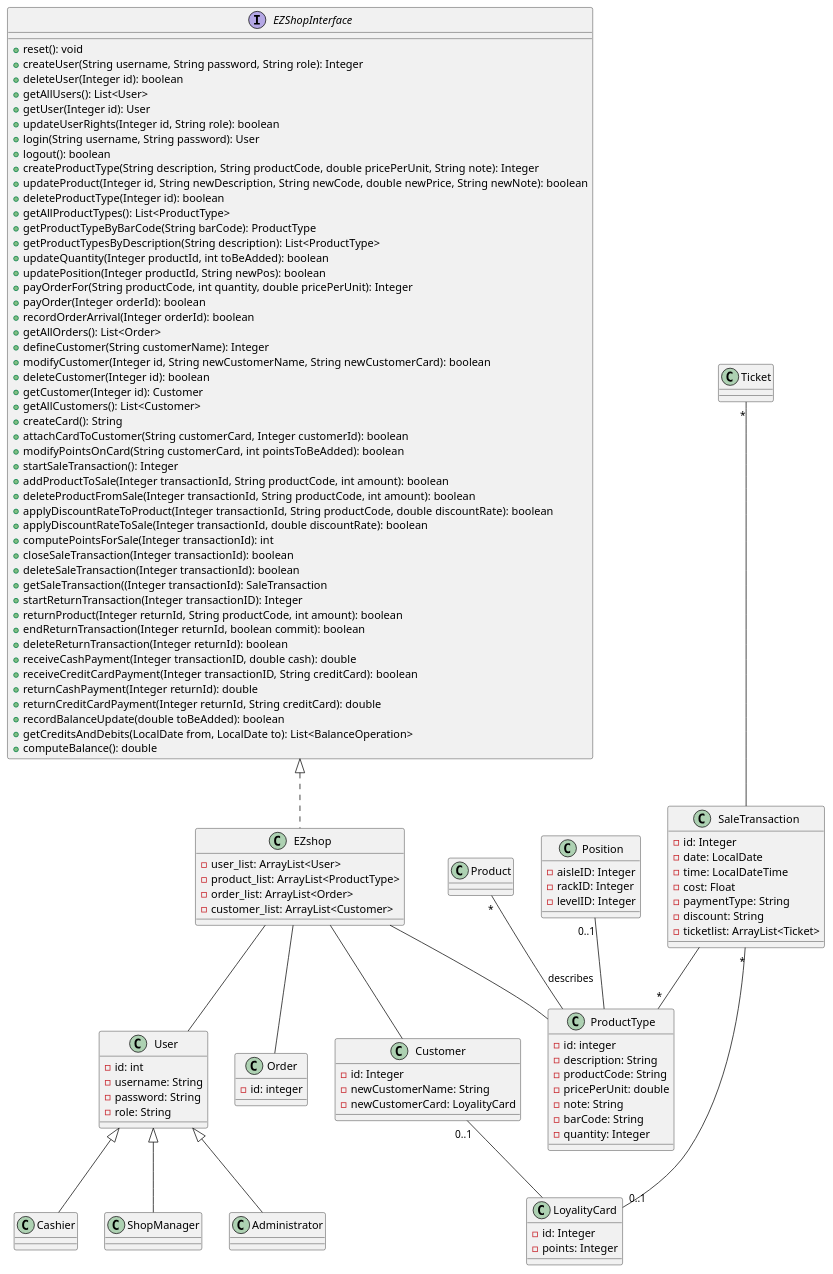
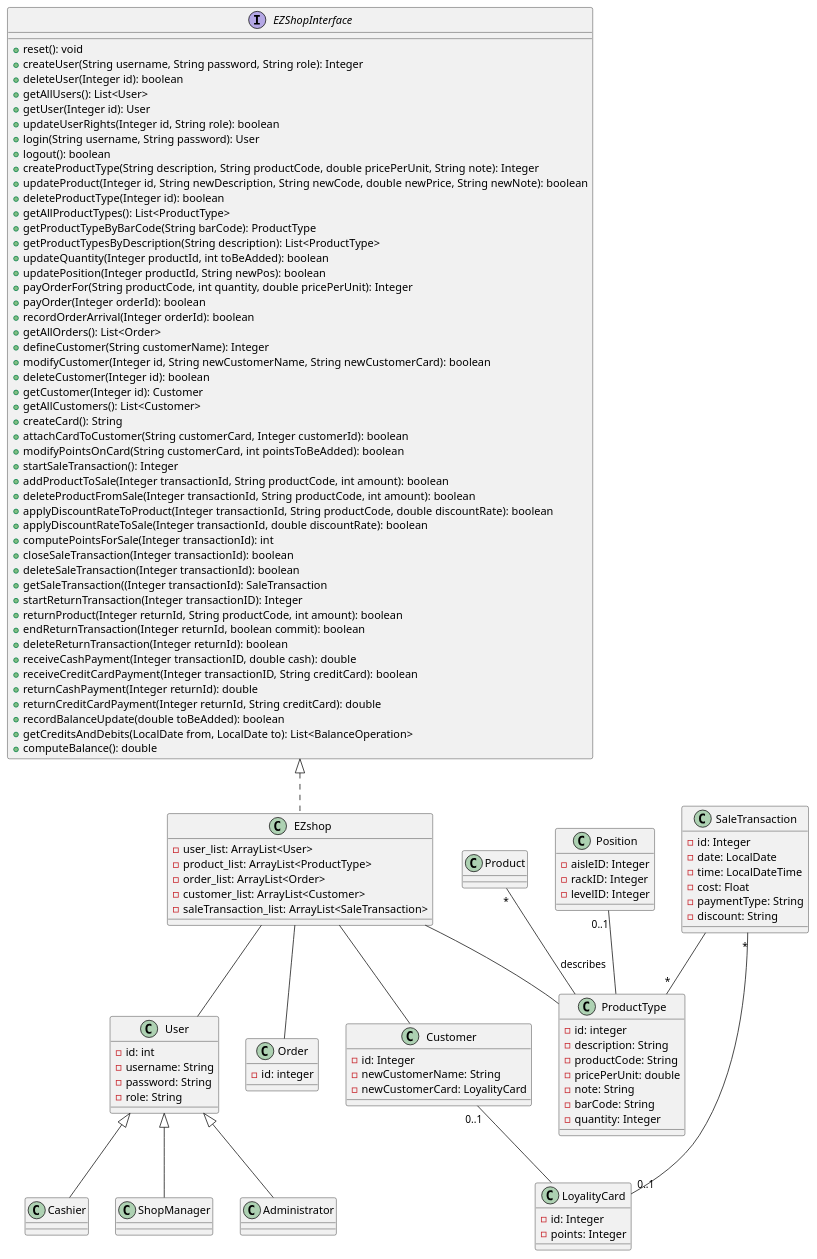
Before and after one commit to marco-ballario/EzShop: the diagram in Deliverables/DesignDocument.md, drawn with PlantUML.

Commit message:
Docs: canceled concept of ticket

````diff
--- a/Deliverables/DesignDocument.md
+++ b/Deliverables/DesignDocument.md
@@ -90,6 +90,7 @@
     -product_list: ArrayList<ProductType>
     -order_list: ArrayList<Order>
     -customer_list: ArrayList<Customer>
+    -saleTransaction_list: ArrayList<SaleTransaction>
 }
 class User{
     -id: int
@@ -142,9 +143,7 @@
     -cost: Float 
     -paymentType: String
     -discount: String
-    -ticketlist: ArrayList<Ticket>
 }
-class Ticket{}
 
 EZshop -- User
 EZshop -- ProductType
@@ -155,5 +154,4 @@
 Position "0..1"-- ProductType
 Product "*"-- ProductType :describes
 SaleTransaction "*" --"0..1" LoyalityCard
-Ticket "*" -- SaleTransaction
 ```
````
